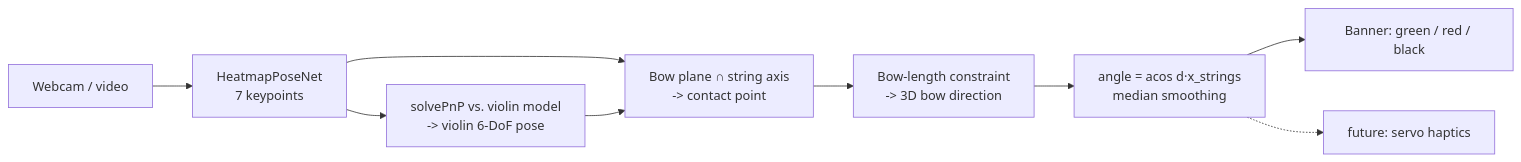
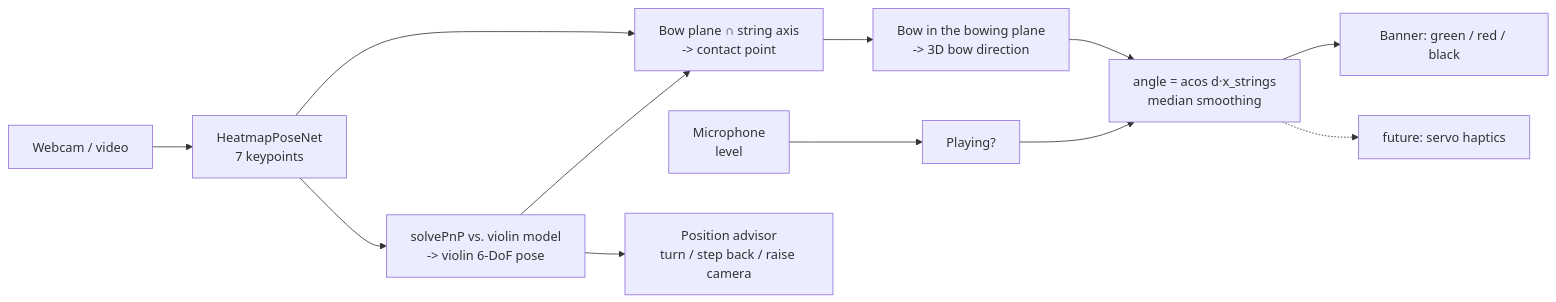
The diagram in README.md (west-foster/Violin-Bow-Alignment), drawn with Mermaid before and after one commit. The commit also changed other lines of this file and 18 other files, not shown here.

````diff
--- a/README.md
+++ b/README.md
@@ -23,11 +23,14 @@
 ```mermaid
 flowchart LR
     A[Webcam / video] --> B[HeatmapPoseNet<br/>7 keypoints]
     B --> C[solvePnP vs. violin model<br/>-> violin 6-DoF pose]
     B --> D[Bow plane ∩ string axis<br/>-> contact point]
     C --> D
-    D --> E[Bow-length constraint<br/>-> 3D bow direction]
+    M[Microphone<br/>level] --> S[Playing?]
+    D --> E[Bow in the bowing plane<br/>-> 3D bow direction]
     E --> F[angle = acos d·x_strings<br/>median smoothing]
+    S --> F
     F --> G[Banner: green / red / black]
+    C --> P[Position advisor<br/>turn / step back / raise camera]
     F -.-> H[future: servo haptics]
 ```
````
